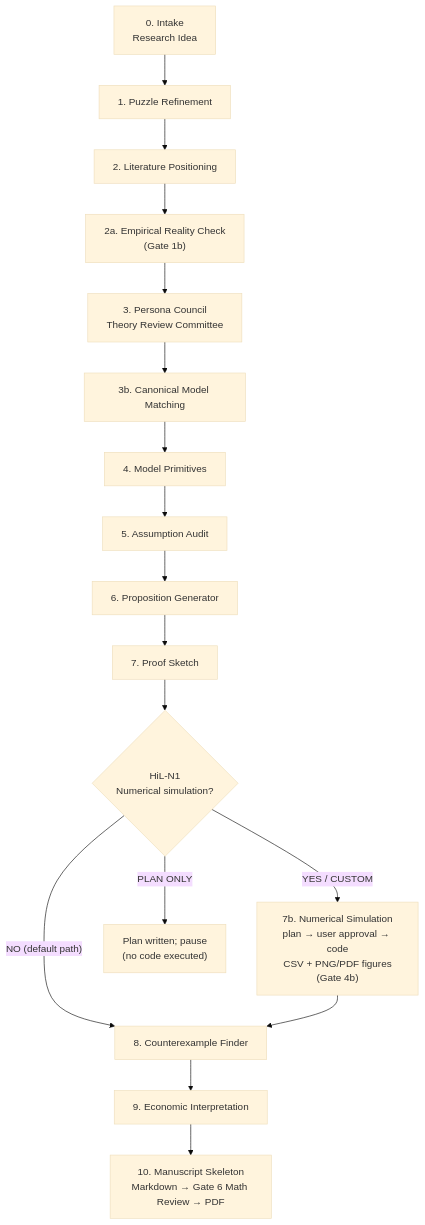
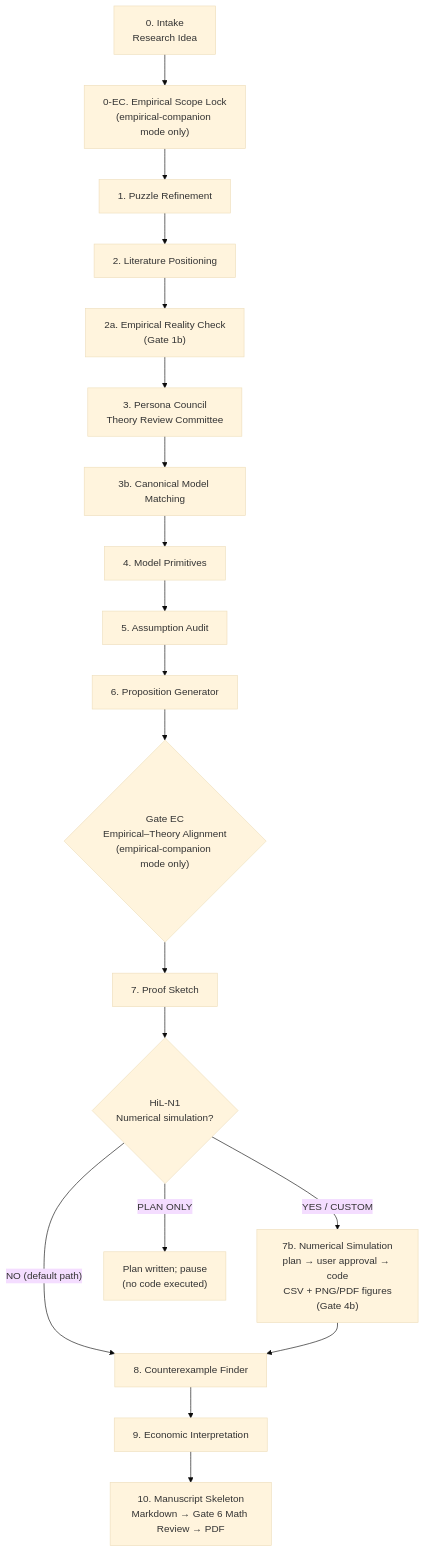
Before and after one commit to maxwell2732/pAI-Econ-claude: the diagram in README_EN.md, drawn with Mermaid (base theme). The commit also changed other lines of this file and 29 other files, not shown here.

First line of the commit message:
v1.4.0: Add empirical-companion mode

````diff
--- a/README_EN.md
+++ b/README_EN.md
@@ -340,19 +538,21 @@
 ```mermaid
 flowchart TD
-    A["0. Intake<br/>Research Idea"] --> B["1. Puzzle Refinement"]
+    A["0. Intake<br/>Research Idea"] --> A2["0-EC. Empirical Scope Lock<br/>(empirical-companion mode only)"]
+    A2 --> B["1. Puzzle Refinement"]
     B --> C["2. Literature Positioning"]
     C --> C2["2a. Empirical Reality Check<br/>(Gate 1b)"]
     C2 --> D["3. Persona Council<br/>Theory Review Committee"]
     D --> E["3b. Canonical Model Matching"]
     E --> F["4. Model Primitives"]
     F --> G["5. Assumption Audit"]
     G --> H["6. Proposition Generator"]
-    H --> I["7. Proof Sketch"]
+    H --> HE{"Gate EC<br/>Empirical–Theory Alignment<br/>(empirical-companion mode only)"}
+    HE --> I["7. Proof Sketch"]
     I --> N1{"HiL-N1<br/>Numerical simulation?"}
     N1 -- "NO (default path)" --> J["8. Counterexample Finder"]
     N1 -- "YES / CUSTOM" --> N2["7b. Numerical Simulation<br/>plan → user approval → code<br/>CSV + PNG/PDF figures<br/>(Gate 4b)"]
     N1 -- "PLAN ONLY" --> NP["Plan written; pause<br/>(no code executed)"]
     N2 --> J
     J --> K["9. Economic Interpretation"]
     K --> L["10. Manuscript Skeleton<br/>Markdown → Gate 6 Math Review → PDF"]
 ```
````
